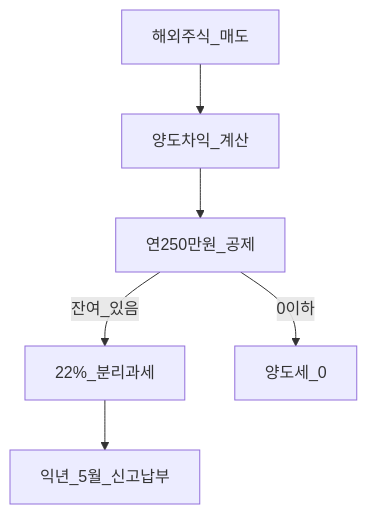
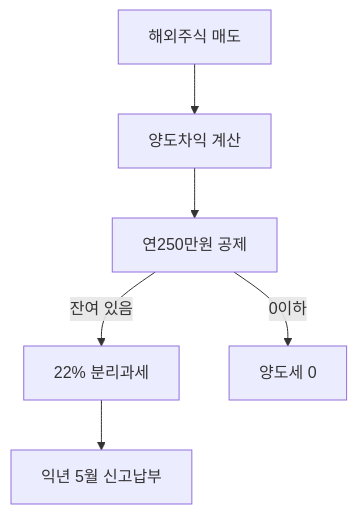
One commit to goldanghenry/Finances changed the diagram in 06-korea-policy/tax/overseas-stocks-tax-part1-cgt.md. Above: the diagram before and after it, drawn with Mermaid. The commit also changed other lines of this file and 211 other files, not shown here.

````diff
--- a/06-korea-policy/tax/overseas-stocks-tax-part1-cgt.md
+++ b/06-korea-policy/tax/overseas-stocks-tax-part1-cgt.md
@@ -88,8 +100,8 @@
 ```mermaid
 flowchart TD
-  Sell[해외주식_매도] --> Gain[양도차익_계산]
-  Gain --> Ded[연250만원_공제]
-  Ded -->|잔여_있음| Tax[22%_분리과세]
-  Ded -->|0이하| Zero[양도세_0]
-  Tax --> May[익년_5월_신고납부]
+  Sell["해외주식 매도"] --> Gain["양도차익 계산"]
+  Gain --> Ded["연250만원 공제"]
+  Ded -->|"잔여 있음"| Tax["22% 분리과세"]
+  Ded -->|0이하| Zero["양도세 0"]
+  Tax --> May["익년 5월 신고납부"]
 ```
````
